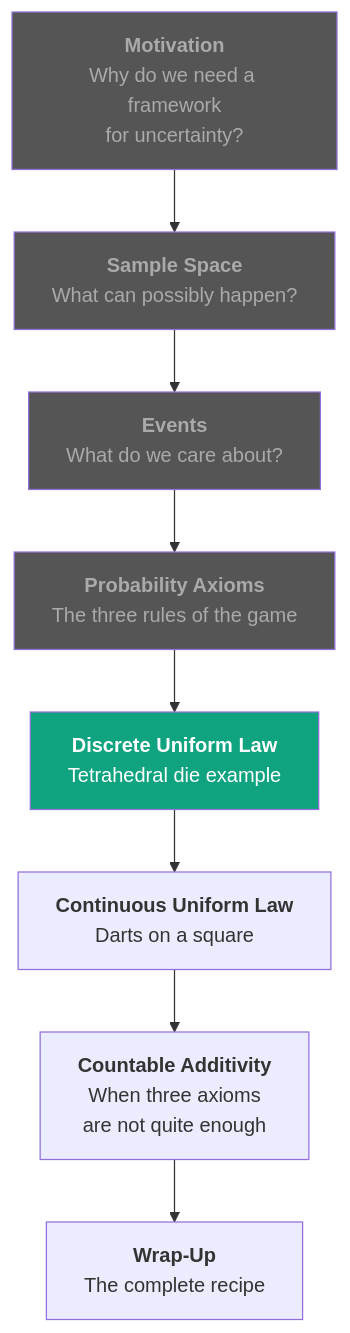
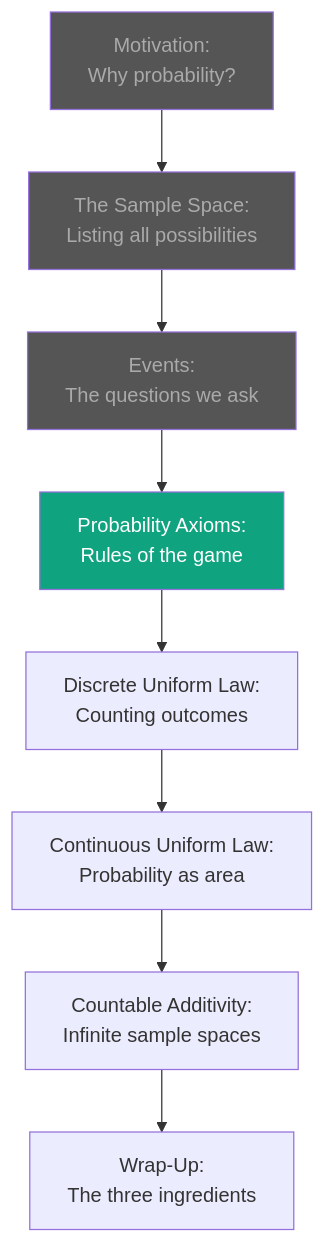
Before and after one commit to SushrutGaikwad/SushrutGaikwad.github.io: the second of 3 diagrams in blog/published/probability-models-and-axioms/index.qmd, drawn with Mermaid. The commit also changed other lines of this file and 8 other files, not shown here.

Commit message:
Update probability models and axioms blog post

````diff
--- a/blog/published/probability-models-and-axioms/index.qmd
+++ b/blog/published/probability-models-and-axioms/index.qmd
@@ -355,20 +288,16 @@
 ```{mermaid}
 %%| fig-align: center
 flowchart TD
-    A["<b>Motivation</b><br/>Why do we need a framework<br/>for uncertainty?"]
-    B["<b>Sample Space</b><br/>What can possibly happen?"]
-    C["<b>Events</b><br/>What do we care about?"]
-    D["<b>Probability Axioms</b><br/>The three rules of the game"]
-    E["<b>Discrete Uniform Law</b><br/>Tetrahedral die example"]
-    F["<b>Continuous Uniform Law</b><br/>Darts on a square"]
-    G["<b>Countable Additivity</b><br/>When three axioms<br/>are not quite enough"]
-    H["<b>Wrap-Up</b><br/>The complete recipe"]
+    A["Motivation:<br/>Why probability?"] --> B["The Sample Space:<br/>Listing all possibilities"]
+    B --> C["Events:<br/>The questions we ask"]
+    C --> D["Probability Axioms:<br/>Rules of the game"]
+    D --> E["Discrete Uniform Law:<br/>Counting outcomes"]
+    E --> F["Continuous Uniform Law:<br/>Probability as area"]
+    F --> G["Countable Additivity:<br/>Infinite sample spaces"]
+    G --> H["Wrap-Up:<br/>The three ingredients"]
 
-    A --> B --> C --> D --> E --> F --> G --> H
-
-    style A fill:#555555,color:#aaaaaa
-    style B fill:#555555,color:#aaaaaa
-    style C fill:#555555,color:#aaaaaa
-    style D fill:#555555,color:#aaaaaa
-    style E fill:#10a37f,color:#fff
+    style A fill:#555,color:#aaa
+    style B fill:#555,color:#aaa
+    style C fill:#555,color:#aaa
+    style D fill:#10a37f,color:#fff
 ```
````
